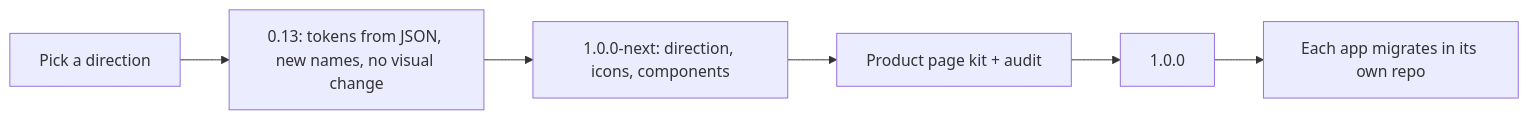
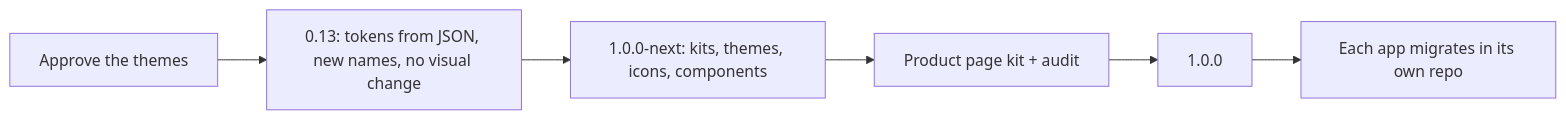
One commit to brignano/design changed the diagram in proposals/design-v1.md. Above: the diagram before and after it, drawn with Mermaid. The commit also changed other lines of this file and 1 other file, not shown here.

````diff
--- a/proposals/design-v1.md
+++ b/proposals/design-v1.md
@@ -166,8 +214,8 @@
 ```mermaid
 flowchart LR
-  A[Pick a direction] --> B[0.13: tokens from JSON, new names, no visual change]
-  B --> C[1.0.0-next: direction, icons, components]
+  A[Approve the themes] --> B[0.13: tokens from JSON, new names, no visual change]
+  B --> C[1.0.0-next: kits, themes, icons, components]
   C --> D[Product page kit + audit]
   D --> E[1.0.0]
   E --> F[Each app migrates in its own repo]
 ```
````
